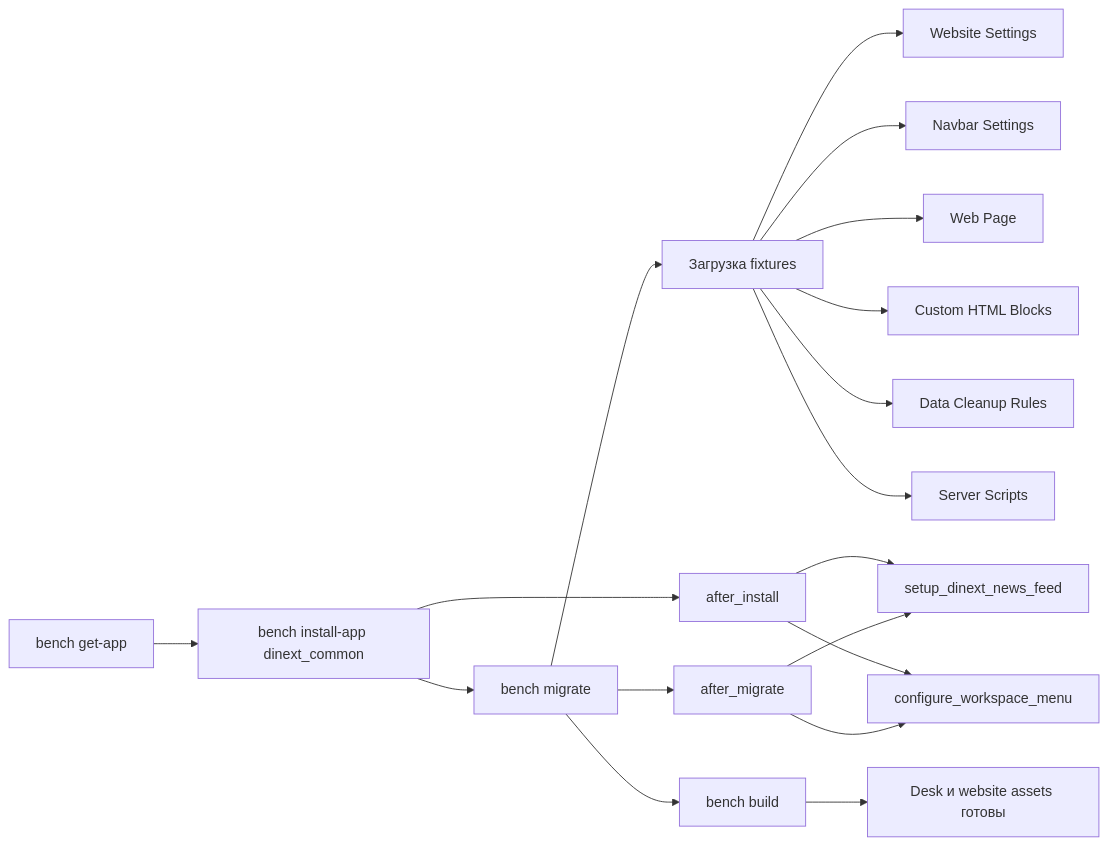
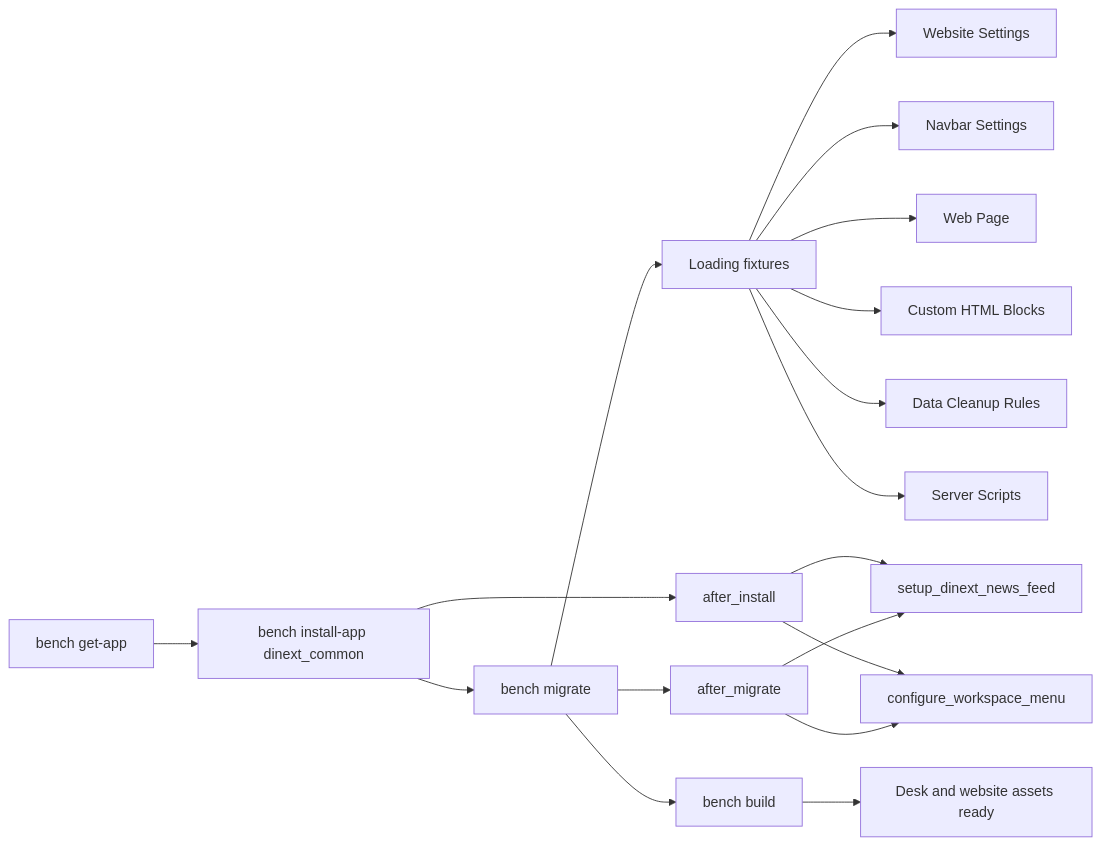
One commit to Dinext-pro/dinext-common changed the first of 6 diagrams in README.md. Above: the diagram before and after it, drawn with Mermaid. The commit also changed other lines of this file and 25 other files, not shown here.

````diff
--- a/README.md
+++ b/README.md
@@ -1000,20 +970,20 @@
 ```mermaid
 flowchart LR
   getApp["bench get-app"] --> installApp["bench install-app dinext_common"]
   installApp --> migrate["bench migrate"]
-  migrate --> fixtures["Загрузка fixtures"]
+  migrate --> fixtures["Loading fixtures"]
   fixtures --> website["Website Settings"]
   fixtures --> navbar["Navbar Settings"]
   fixtures --> homepage["Web Page"]
   fixtures --> hubBlocks["Custom HTML Blocks"]
   fixtures --> cleanupRules["Data Cleanup Rules"]
   fixtures --> serverScripts["Server Scripts"]
   installApp --> afterInstall["after_install"]
   afterInstall --> workspaceMenu["configure_workspace_menu"]
   afterInstall --> newsSetup["setup_dinext_news_feed"]
   migrate --> afterMigrate["after_migrate"]
   afterMigrate --> newsSetup
   afterMigrate --> workspaceMenu
   migrate --> build["bench build"]
-  build --> assets["Desk и website assets готовы"]
+  build --> assets["Desk and website assets ready"]
 ```
````
